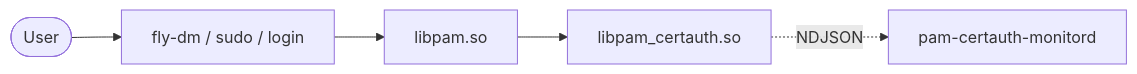
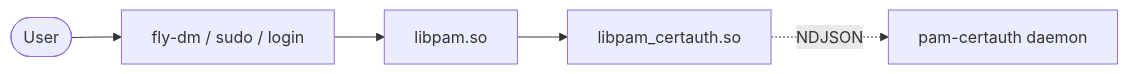
Before and after one commit to RoboNET/pam-certauth: the diagram in README.md, drawn with Mermaid. The commit also changed other lines of this file and 160 other files, not shown here.

````diff
--- a/README.md
+++ b/README.md
@@ -47,10 +71,10 @@
 ```mermaid
 flowchart LR
     user([User])
     flydm[fly-dm / sudo / login]
     libpam[libpam.so]
     cdylib[libpam_certauth.so]
-    monitord[pam-certauth-monitord]
+    daemon[pam-certauth daemon]
     user --> flydm --> libpam --> cdylib
-    cdylib -. NDJSON .-> monitord
+    cdylib -. NDJSON .-> daemon
 ```
````
